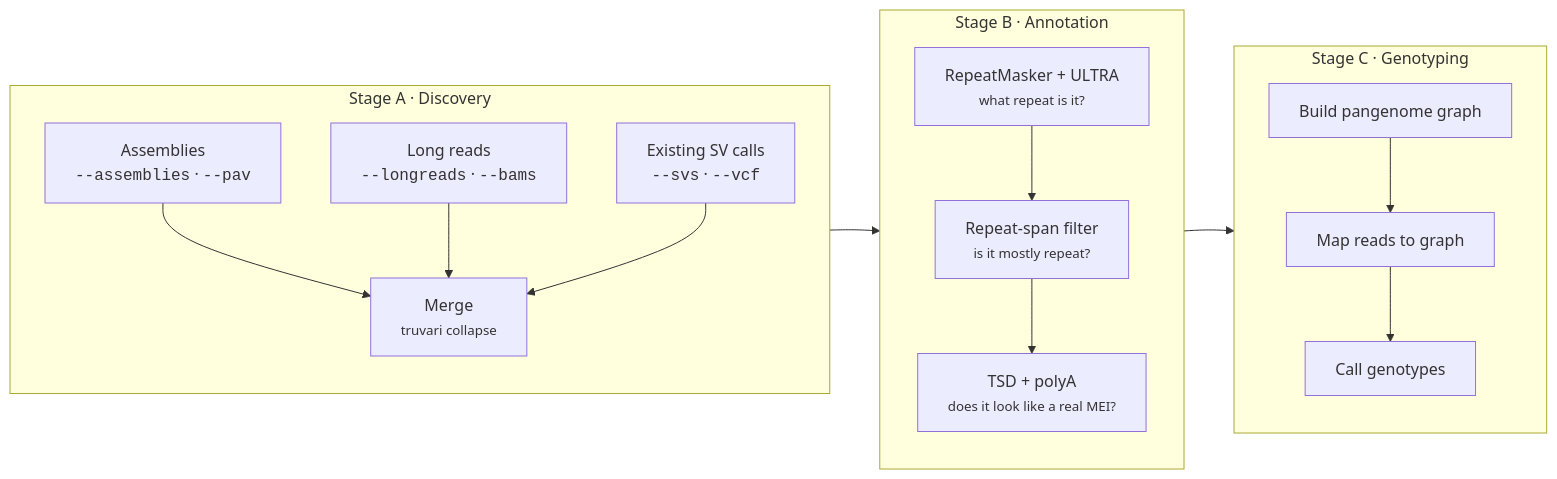
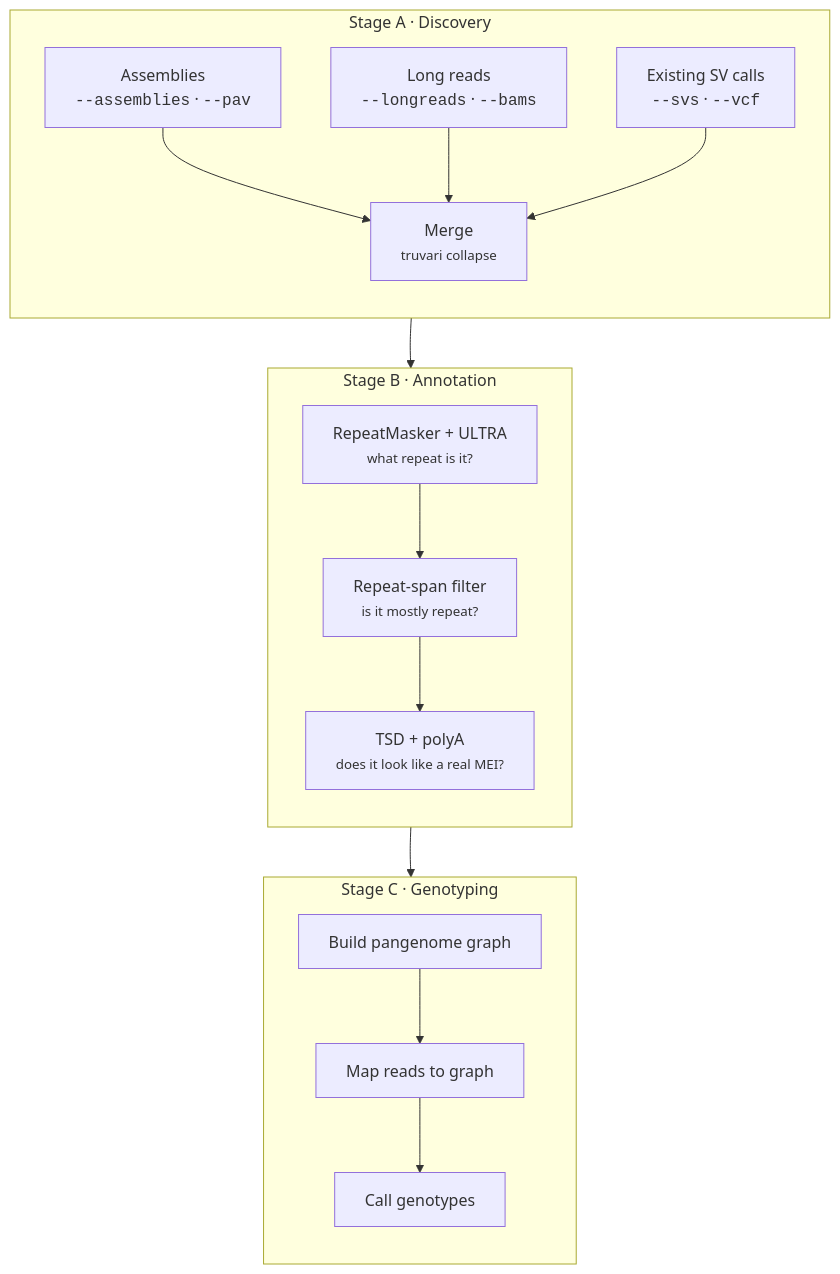
One commit to cgroza/GraffiTE changed the diagram in docs/index.md. Above: the diagram before and after it, drawn with Mermaid. The commit also changed other lines of this file and 4 other files, not shown here.

First line of the commit message:
docs(theme): transparent logo in both schemes, masthead, version pill, vertical stage chart

````diff
--- a/docs/index.md
+++ b/docs/index.md
@@ -35,33 +35,33 @@
 ```mermaid
-flowchart LR
+flowchart TB
     subgraph A["Stage A · Discovery"]
         direction TB
         A1["Assemblies<br/><code>--assemblies</code> · <code>--pav</code>"]
         A2["Long reads<br/><code>--longreads</code> · <code>--bams</code>"]
         A3["Existing SV calls<br/><code>--svs</code> · <code>--vcf</code>"]
         A1 --> AM["Merge<br/><small>truvari collapse</small>"]
         A2 --> AM
         A3 --> AM
     end
 
     subgraph B["Stage B · Annotation"]
         direction TB
         B1["RepeatMasker + ULTRA<br/><small>what repeat is it?</small>"]
         B2["Repeat-span filter<br/><small>is it mostly repeat?</small>"]
         B3["TSD + polyA<br/><small>does it look like a real MEI?</small>"]
         B1 --> B2 --> B3
     end
 
     subgraph C["Stage C · Genotyping"]
         direction TB
         C1["Build pangenome graph"]
         C2["Map reads to graph"]
         C3["Call genotypes"]
         C1 --> C2 --> C3
     end
 
     AM --> B1
     B3 --> C1
 
     A ~~~ B ~~~ C
 ```
````
